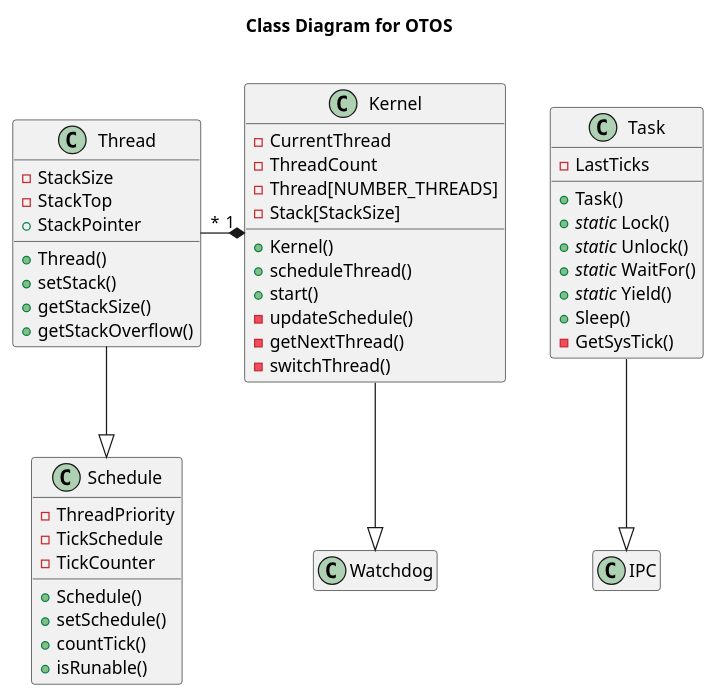
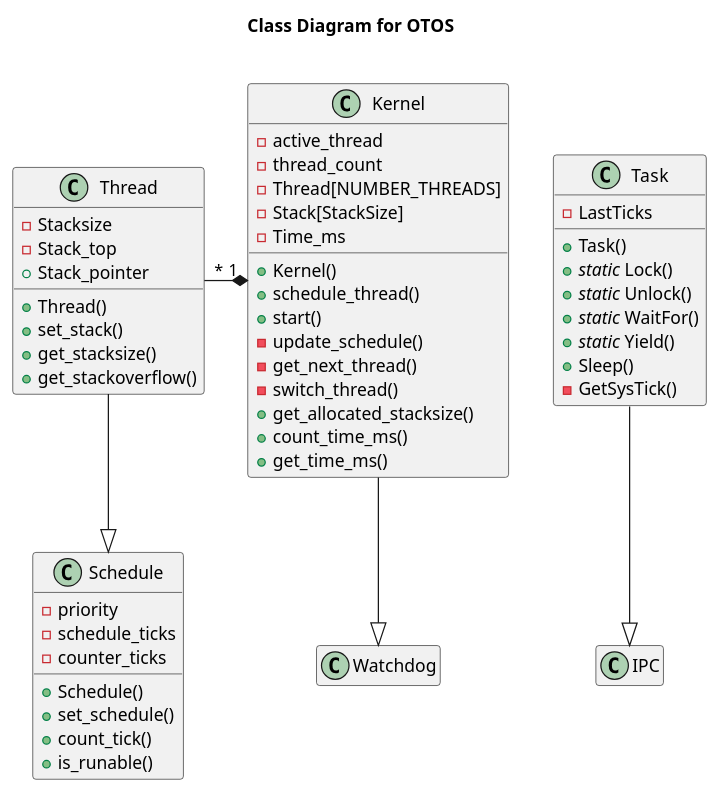
Before and after one commit to SebastianOberschwendtner/OTOS: the diagram in doc/UML/CLD_OTOS.puml, drawn with PlantUML. The commit also changed 1 other file, not shown here.

```diff
--- a/doc/UML/CLD_OTOS.puml
+++ b/doc/UML/CLD_OTOS.puml
@@ -1,80 +1,82 @@
 @startuml CLD_OTOS
 title Class Diagram for **OTOS**\n
 
 hide empty members
 
 class Schedule{
     'Properties:
-    - ThreadPriority
-    - TickSchedule
-    - TickCounter
+    - priority
+    - schedule_ticks
+    - counter_ticks
 
     'Methods
     + Schedule()
-    + setSchedule()
-    + countTick()
-    + isRunable()
+    + set_schedule()
+    + count_tick()
+    + is_runable()
 }
 
 class Thread {
     'Properies:
-    - StackSize
-    - StackTop
-    + StackPointer
+    - Stacksize
+    - Stack_top
+    + Stack_pointer
 
     'Methods:
     + Thread()
-    + setStack()
-    + getStackSize()
-    + getStackOverflow()
+    + set_stack()
+    + get_stacksize()
+    + get_stackoverflow()
 }
 class Kernel{
     'Properties:
-    - CurrentThread
-    - ThreadCount
+    - active_thread
+    - thread_count
     - Thread[NUMBER_THREADS]
     - Stack[StackSize]
+    - Time_ms
 
     'Methods:
     + Kernel()
-    + scheduleThread()
-    ' + ScheduleThread_Hz()
+    + schedule_thread()
     + start()
-    - updateSchedule()
-    - getNextThread()
-    - switchThread()
-    ' - time_ms()
+    - update_schedule()
+    - get_next_thread()
+    - switch_thread()
+    + get_allocated_stacksize()
+    + count_time_ms()
+    + get_time_ms()
 }
 
 class Watchdog {
    '+ Watchdog()
    '+ Pet()
 }
 
 class Task{
     ' Properties:
     - LastTicks
 
     ' Methods:
     + Task()
     + //static// Lock()
     + //static// Unlock()
     + //static// WaitFor()
     + //static// Yield()
     + Sleep()
     - GetSysTick()
 }
 
 class IPC{
    '- Id
    '- CmdBuffer
    '+ GetQueue()
    '+ PushQueue()
 }
 
 Thread --|> Schedule
 Thread "*"-*"1" Kernel
 Kernel --|> Watchdog
 Task --|> IPC
 
 @enduml
```
